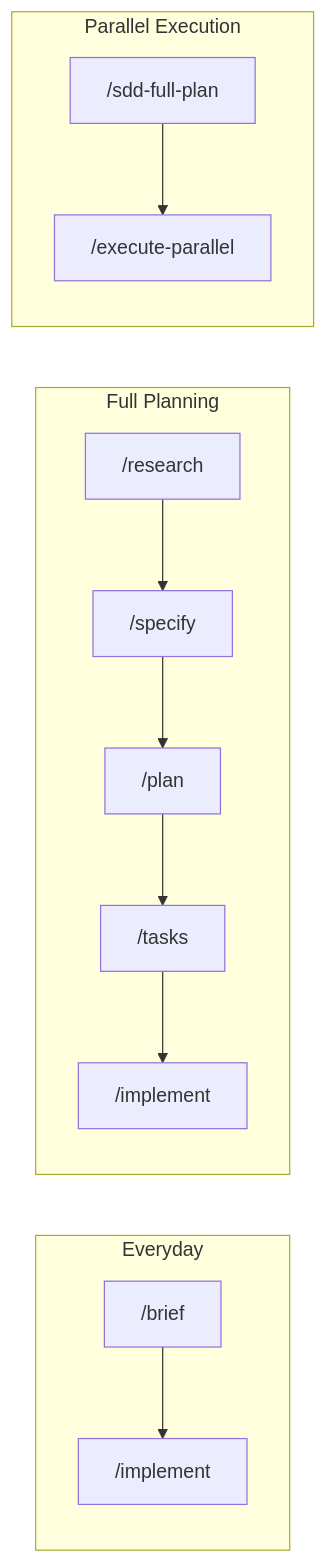
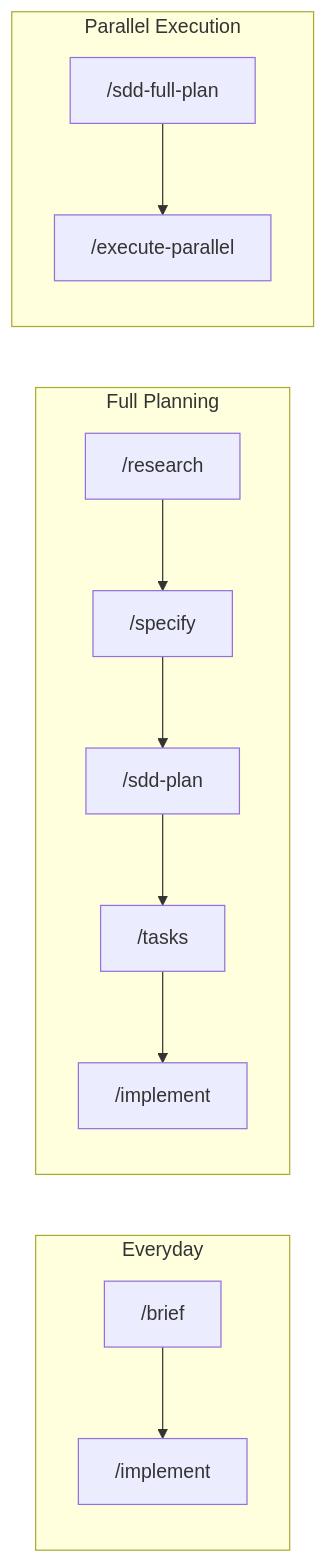
One commit to Acetyld/spec-kit-command-cursor changed the first of 2 diagrams in README-technical.md. Above: the diagram before and after it, drawn with Mermaid. The commit also changed other lines of this file and 38 other files, not shown here.

First line of the commit message:
Rename SDD /plan to /sdd-plan to avoid Cursor Plan mode.

````diff
--- a/README-technical.md
+++ b/README-technical.md
@@ -158,12 +158,12 @@
 ```mermaid
 flowchart LR
     subgraph quick [Everyday]
         A["/brief"] --> B["/implement"]
     end
     subgraph full [Full Planning]
-        D["/research"] --> E["/specify"] --> F["/plan"] --> G["/tasks"] --> H["/implement"]
+        D["/research"] --> E["/specify"] --> F["/sdd-plan"] --> G["/tasks"] --> H["/implement"]
     end
     subgraph parallel [Parallel Execution]
         I["/sdd-full-plan"] --> J["/execute-parallel"]
     end
 ```
````
